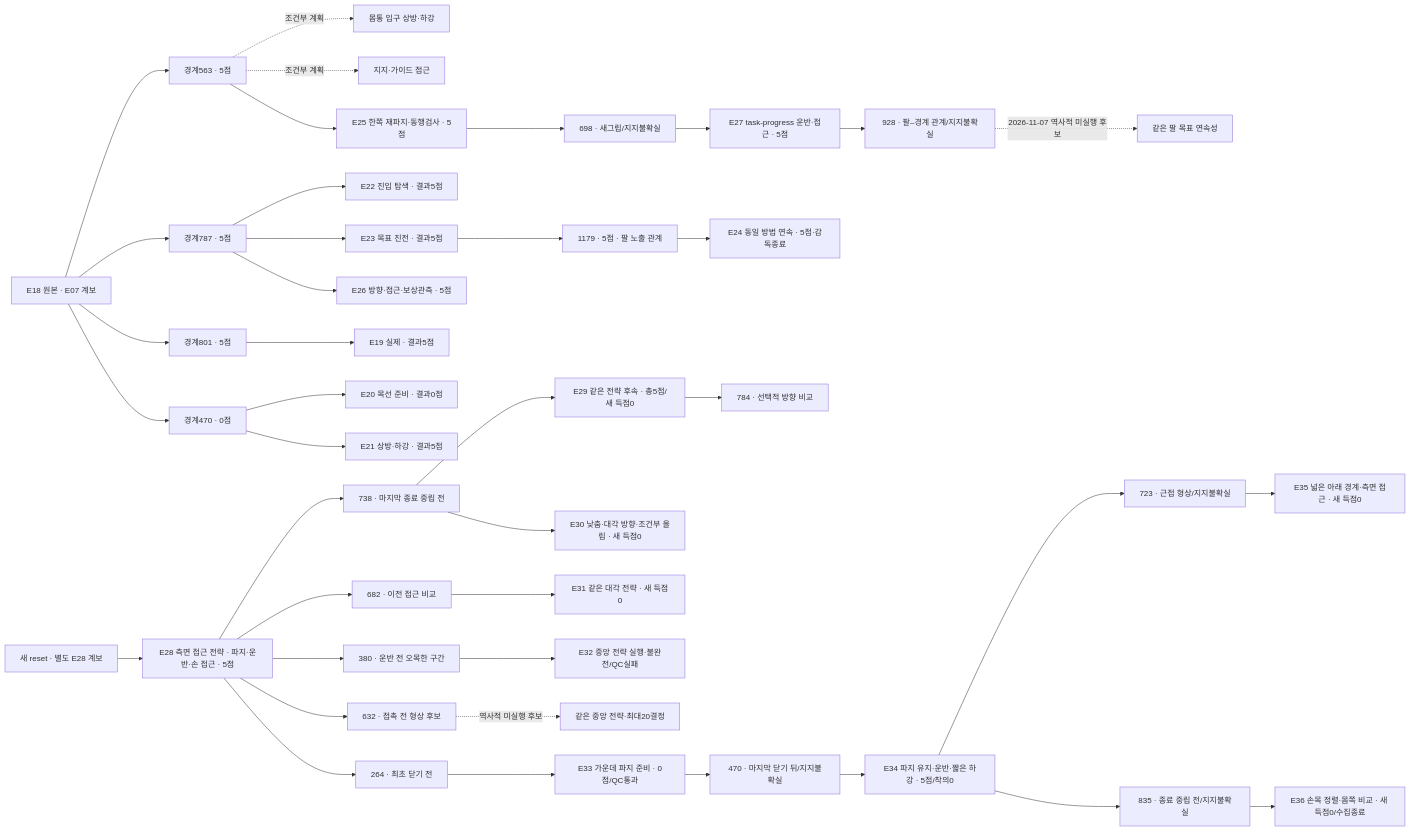
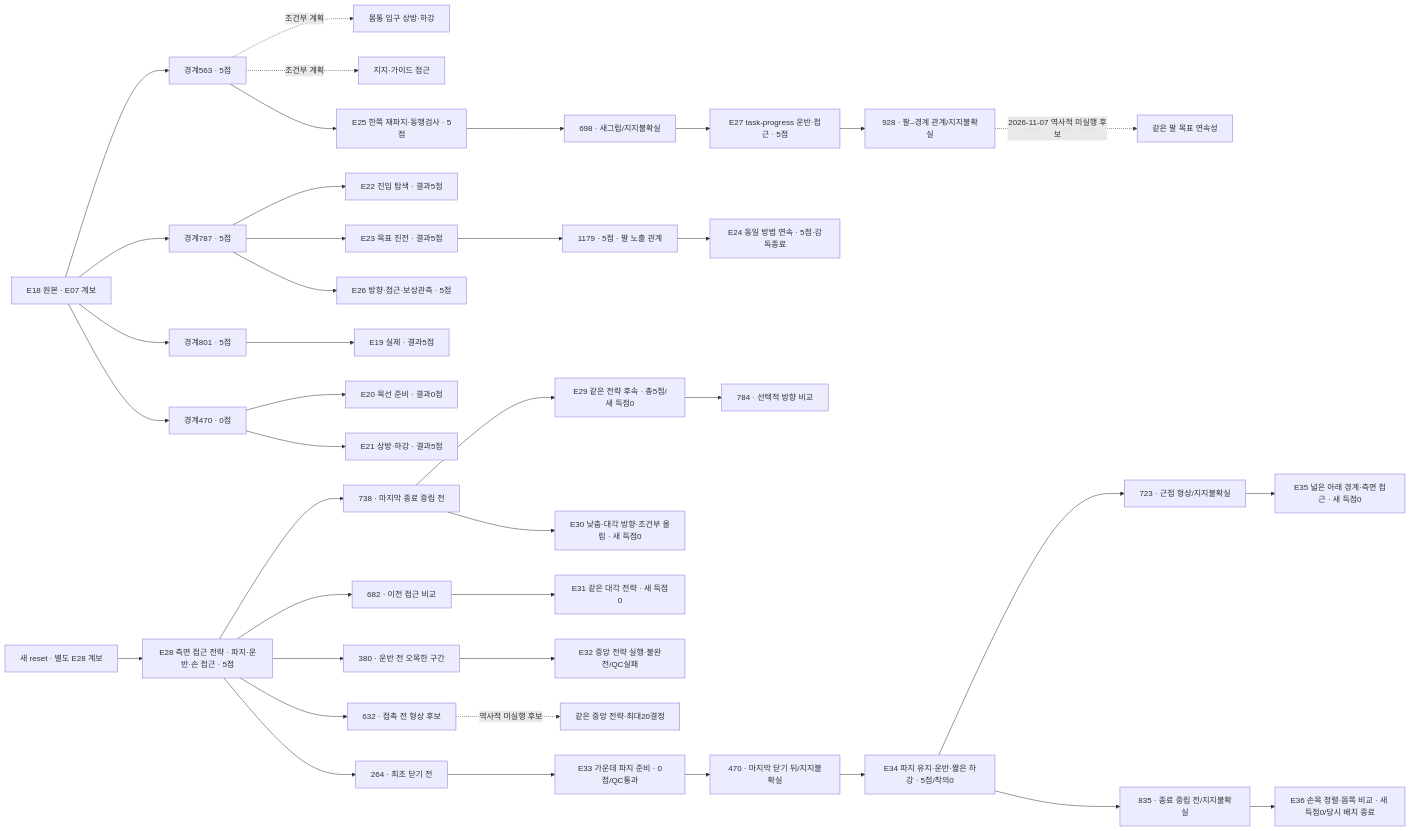
Before and after one commit to leonyoon-3dai/PhyRC_2027_phase1: the diagram in docs/collection/catalog/README.ko.md, drawn with Mermaid. The commit also changed other lines of this file and 24 other files, not shown here.

````diff
--- a/docs/collection/catalog/README.ko.md
+++ b/docs/collection/catalog/README.ko.md
@@ -43,41 +51,41 @@
 ```mermaid
 flowchart LR
   E18["E18 원본 · E07 계보"] --> P563["경계563 · 5점"]
   E18 --> P787["경계787 · 5점"]
   E18 --> P801["경계801 · 5점"]
   E18 --> P470["경계470 · 0점"]
   P563 -. "조건부 계획" .-> O["몸통 입구 상방·하강"]
   P563 -. "조건부 계획" .-> G["지지·가이드 접근"]
   P801 --> E19["E19 실제 · 결과5점"]
   P470 --> E20["E20 목선 준비 · 결과0점"]
   P470 --> E21["E21 상방·하강 · 결과5점"]
   P787 --> E22["E22 진입 탐색 · 결과5점"]
   P787 --> E23["E23 목표 진전 · 결과5점"]
   E23 --> P1179["1179 · 5점 · 팔 노출 관계"]
   P1179 --> E24["E24 동일 방법 연속 · 5점·감독종료"]
   P563 --> M1["E25 한쪽 재파지·동행검사 · 5점"]
   P787 --> M2["E26 방향·접근·보상관측 · 5점"]
   M1 --> P698["698 · 새그립/지지불확실"]
   P698 --> C["E27 task-progress 운반·접근 · 5점"]
   C --> P928["928 · 팔–경계 관계/지지불확실"]
   P928 -. "2026-11-07 역사적 미실행 후보" .-> S["같은 팔 목표 연속성"]
   F["새 reset · 별도 E28 계보"] --> E28["E28 측면 접근 전략 · 파지·운반·손 접근 · 5점"]
   E28 --> P738["738 · 마지막 종료 중립 전"]
   E28 --> P682["682 · 이전 접근 비교"]
   P738 --> E29["E29 같은 전략 후속 · 총5점/새 득점0"]
   E29 --> P784["784 · 선택적 방향 비교"]
   P738 --> E30["E30 낮춤·대각 방향·조건부 올림 · 새 득점0"]
   P682 --> E31["E31 같은 대각 전략 · 새 득점0"]
   E28 --> P380["380 · 운반 전 오목한 구간"]
   P380 --> N["E32 중앙 전략 실행·불완전/QC실패"]
   E28 --> P632["632 · 접촉 전 형상 후보"]
   P632 -. "역사적 미실행 후보" .-> N33["같은 중앙 전략·최대20결정"]
   E28 --> P264["264 · 최초 닫기 전"]
   P264 --> E33["E33 가운데 파지 준비 · 0점/QC통과"]
   E33 --> P33_470["470 · 마지막 닫기 뒤/지지불확실"]
   P33_470 --> E34["E34 파지 유지·운반·짧은 하강 · 5점/착의0"]
   E34 --> P723["723 · 근접 형상/지지불확실"]
   P723 --> E35["E35 넓은 아래 경계·측면 접근 · 새 득점0"]
   E34 --> P835["835 · 종료 중립 전/지지불확실"]
-  P835 --> E36["E36 손목 정렬·몸쪽 비교 · 새 득점0/수집종료"]
+  P835 --> E36["E36 손목 정렬·몸쪽 비교 · 새 득점0/당시 배치 종료"]
 ```
````
